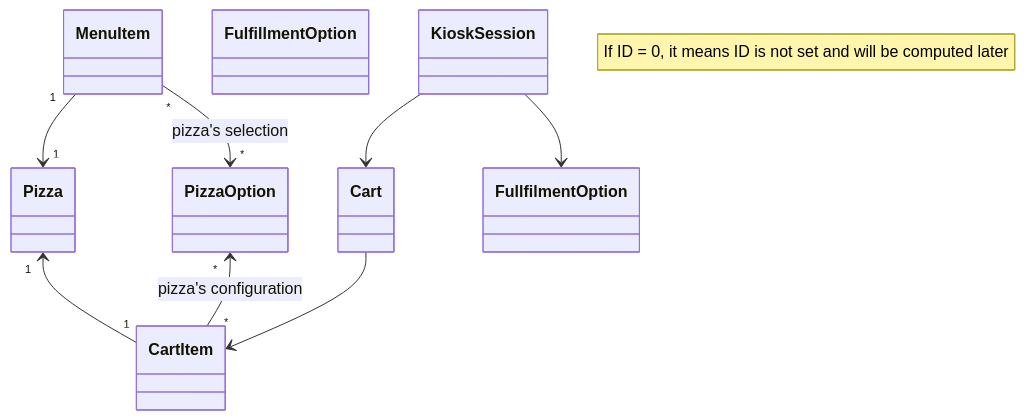
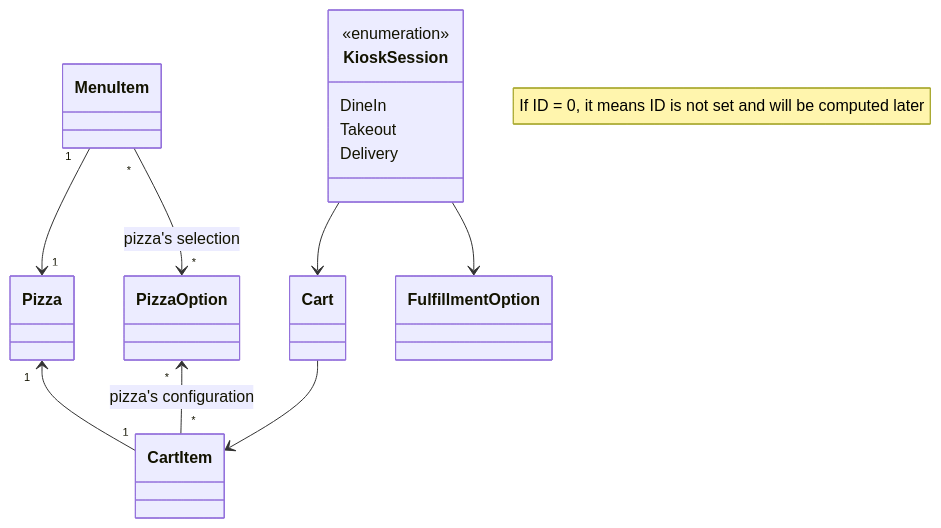
One commit to ekral/Utb.PizzaKiosk changed the diagram in README.md. Above: the diagram before and after it, drawn with Mermaid.

````diff
--- a/README.md
+++ b/README.md
@@ -162,20 +162,26 @@
 ```mermaid
  classDiagram
    note "If ID = 0, it means ID is not set and will be computed later"
    %% direction LR
    class PizzaOption
    class Pizza
    class MenuItem
    class CartItem
    class Cart
    class FulfillmentOption
-   class KioskSession
+   class KioskSession{
+      <<enumeration>>
+      DineIn
+      Takeout
+      Delivery
+   }
+
    MenuItem "1" --> "1"  Pizza
    Pizza "1" <-- "1"  CartItem
    MenuItem "*" --> "*"  PizzaOption : pizza's selection
    PizzaOption "*" <-- "*" CartItem : pizza's configuration
    Cart --> CartItem
    KioskSession --> Cart
-   KioskSession --> FullfilmentOption
+   KioskSession --> FulfillmentOption
    
 ```
````
